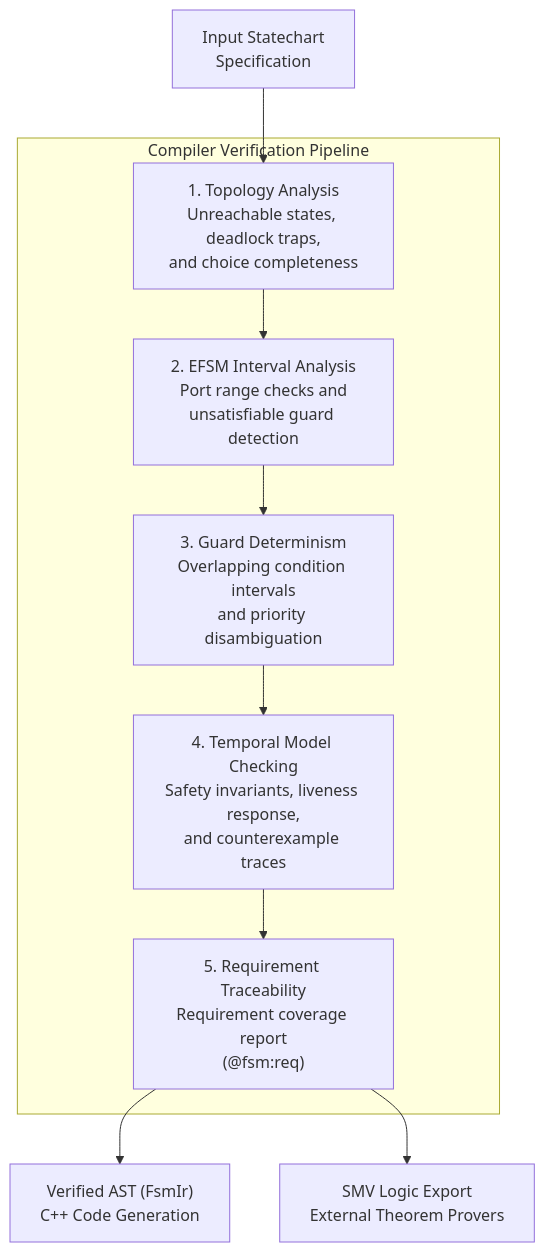
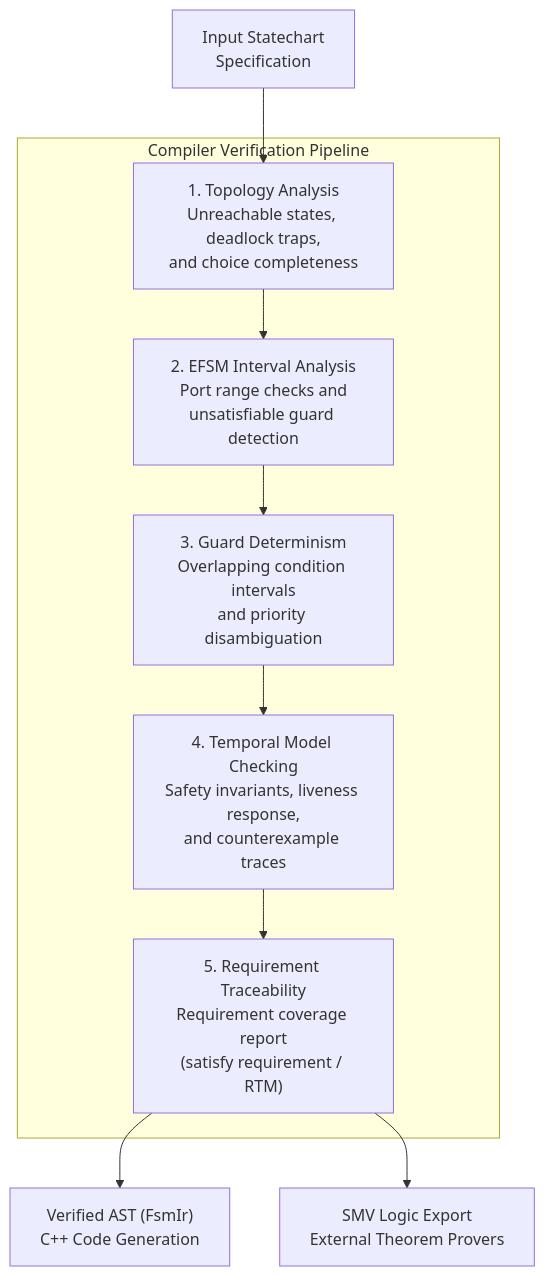
One commit to simoneCavalleri/fsmc changed the diagram in docs/verification_and_safety/index.md. Above: the diagram before and after it, drawn with Mermaid. The commit also changed other lines of this file and 11 other files, not shown here.

````diff
--- a/docs/verification_and_safety/index.md
+++ b/docs/verification_and_safety/index.md
@@ -59,17 +71,17 @@
 ```mermaid
 flowchart TD
     Model["Input Statechart<br/>Specification"] --> G1
 
     subgraph Pipeline["Compiler Verification Pipeline"]
         G1["1. Topology Analysis<br/>Unreachable states, deadlock traps,<br/>and choice completeness"]
         G2["2. EFSM Interval Analysis<br/>Port range checks and<br/>unsatisfiable guard detection"]
         G3["3. Guard Determinism<br/>Overlapping condition intervals<br/>and priority disambiguation"]
         G4["4. Temporal Model Checking<br/>Safety invariants, liveness response,<br/>and counterexample traces"]
-        G5["5. Requirement Traceability<br/>Requirement coverage report<br/>(@fsm:req)"]
+        G5["5. Requirement Traceability<br/>Requirement coverage report<br/>(satisfy requirement / RTM)"]
 
         G1 --> G2 --> G3 --> G4 --> G5
     end
 
     G5 --> Verified["Verified AST (FsmIr)<br/>C++ Code Generation"]
     G5 --> SMV["SMV Logic Export<br/>External Theorem Provers"]
 ```
````
